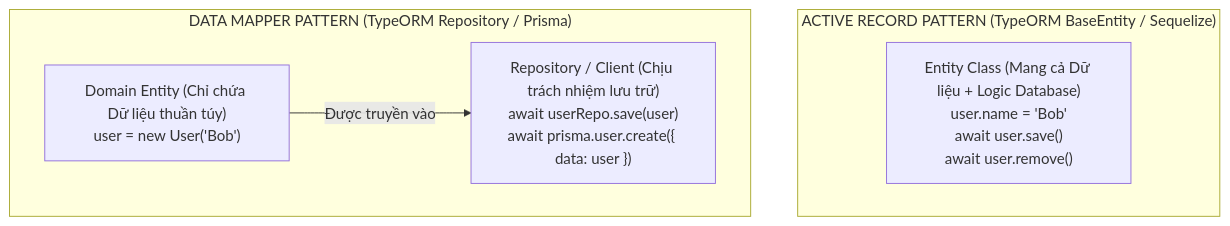
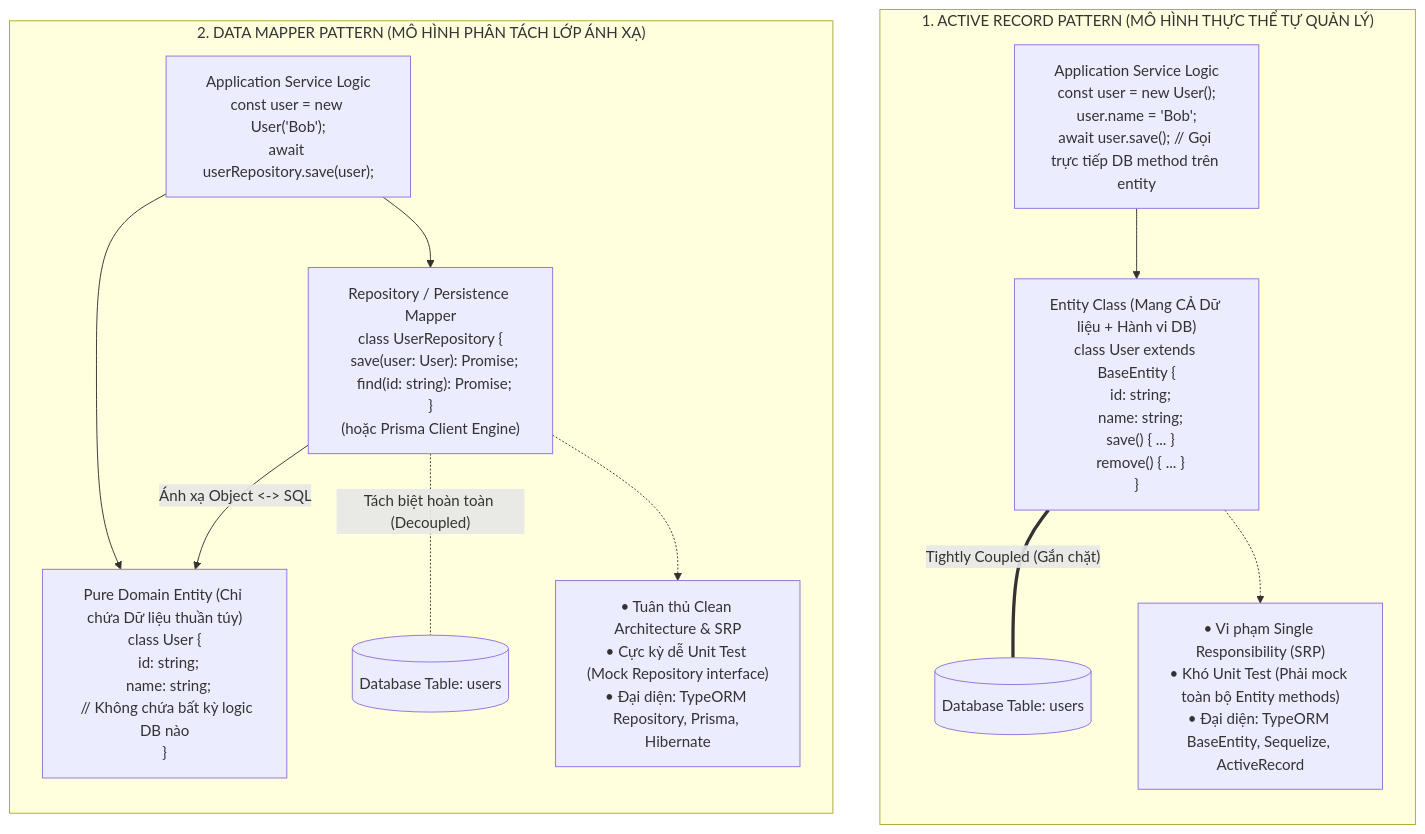
Before and after one commit to hydragon2m/docs: the second of 8 diagrams in Backend/Database & Storage/04. ORM & Migrations/Bài 01 - ORM Deep Dive (Prisma vs TypeORM & Migration Management).md, drawn with Mermaid. The commit also changed other lines of this file and 3 other files, not shown here.

````diff
--- a/Backend/Database & Storage/04. ORM & Migrations/Bài 01 - ORM Deep Dive (Prisma vs TypeORM & Migration Management).md
+++ b/Backend/Database & Storage/04. ORM & Migrations/Bài 01 - ORM Deep Dive (Prisma vs TypeORM & Migration Management).md
@@ -34,12 +36,29 @@
 ```mermaid
 flowchart TD
-    subgraph AR["ACTIVE RECORD PATTERN (TypeORM BaseEntity / Sequelize)"]
-        AREntity["Entity Class (Mang cả Dữ liệu + Logic Database)<br/>user.name = 'Bob'<br/>await user.save()<br/>await user.remove()"]
+    subgraph ARPattern["1. ACTIVE RECORD PATTERN (MÔ HÌNH THỰC THỂ TỰ QUẢN LÝ)"]
+        direction TB
+        AR_Entity["Entity Class (Mang CẢ Dữ liệu + Hành vi DB)<br/>class User extends BaseEntity {<br/>  id: string;<br/>  name: string;<br/>  save() { ... }<br/>  remove() { ... }<br/>}"]
+        AR_Usage["Application Service Logic<br/>const user = new User();<br/>user.name = 'Bob';<br/>await user.save(); // Gọi trực tiếp DB method trên entity"]
+        AR_DB[("Database Table: users")]
+
+        AR_Usage --> AR_Entity
+        AR_Entity ===|"Tightly Coupled (Gắn chặt)"| AR_DB
+        AR_Notes["• Vi phạm Single Responsibility (SRP)<br/>• Khó Unit Test (Phải mock toàn bộ Entity methods)<br/>• Đại diện: TypeORM BaseEntity, Sequelize, ActiveRecord"]
+        AR_Entity -.-> AR_Notes
     end
 
-    subgraph DM["DATA MAPPER PATTERN (TypeORM Repository / Prisma)"]
-        DMEntity["Domain Entity (Chỉ chứa Dữ liệu thuần túy)<br/>user = new User('Bob')"]
-        DMRepo["Repository / Client (Chịu trách nhiệm lưu trữ)<br/>await userRepo.save(user)<br/>await prisma.user.create({ data: user })"]
-        DMEntity -->|"Được truyền vào"| DMRepo
+    subgraph DMPattern["2. DATA MAPPER PATTERN (MÔ HÌNH PHÂN TÁCH LỚP ÁNH XẠ)"]
+        direction TB
+        DM_Entity["Pure Domain Entity (Chỉ chứa Dữ liệu thuần túy)<br/>class User {<br/>  id: string;<br/>  name: string;<br/>  // Không chứa bất kỳ logic DB nào<br/>}"]
+        DM_Repo["Repository / Persistence Mapper<br/>class UserRepository {<br/>  save(user: User): Promise<User>;<br/>  find(id: string): Promise<User>;<br/>}<br/>(hoặc Prisma Client Engine)"]
+        DM_Usage["Application Service Logic<br/>const user = new User('Bob');<br/>await userRepository.save(user);"]
+        DM_DB[("Database Table: users")]
+
+        DM_Usage --> DM_Entity
+        DM_Usage --> DM_Repo
+        DM_Repo -->|"Ánh xạ Object <-> SQL"| DM_Entity
+        DM_Repo -.-|"Tách biệt hoàn toàn (Decoupled)"| DM_DB
+        DM_Notes["• Tuân thủ Clean Architecture & SRP<br/>• Cực kỳ dễ Unit Test (Mock Repository interface)<br/>• Đại diện: TypeORM Repository, Prisma, Hibernate"]
+        DM_Repo -.-> DM_Notes
     end
 ```
````
